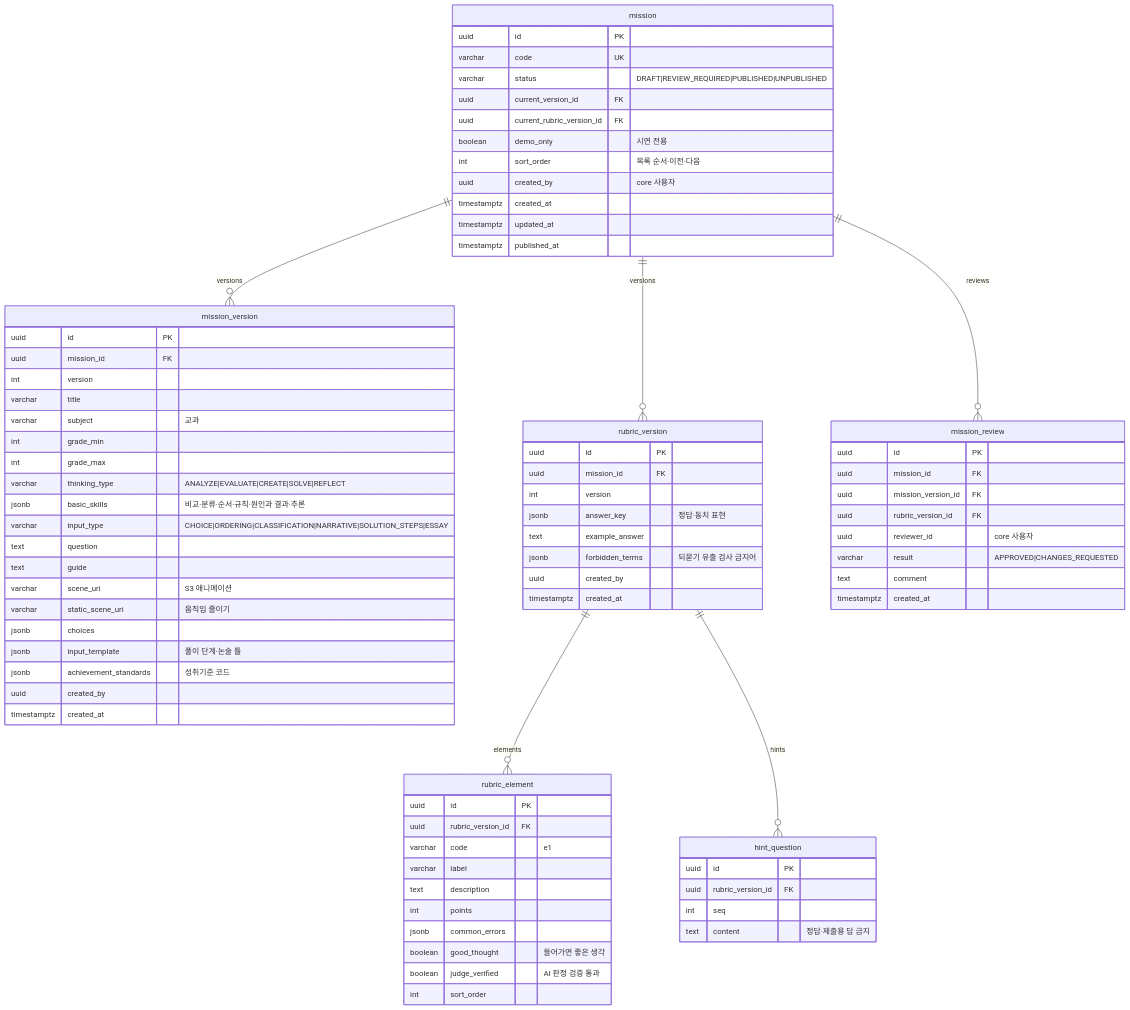
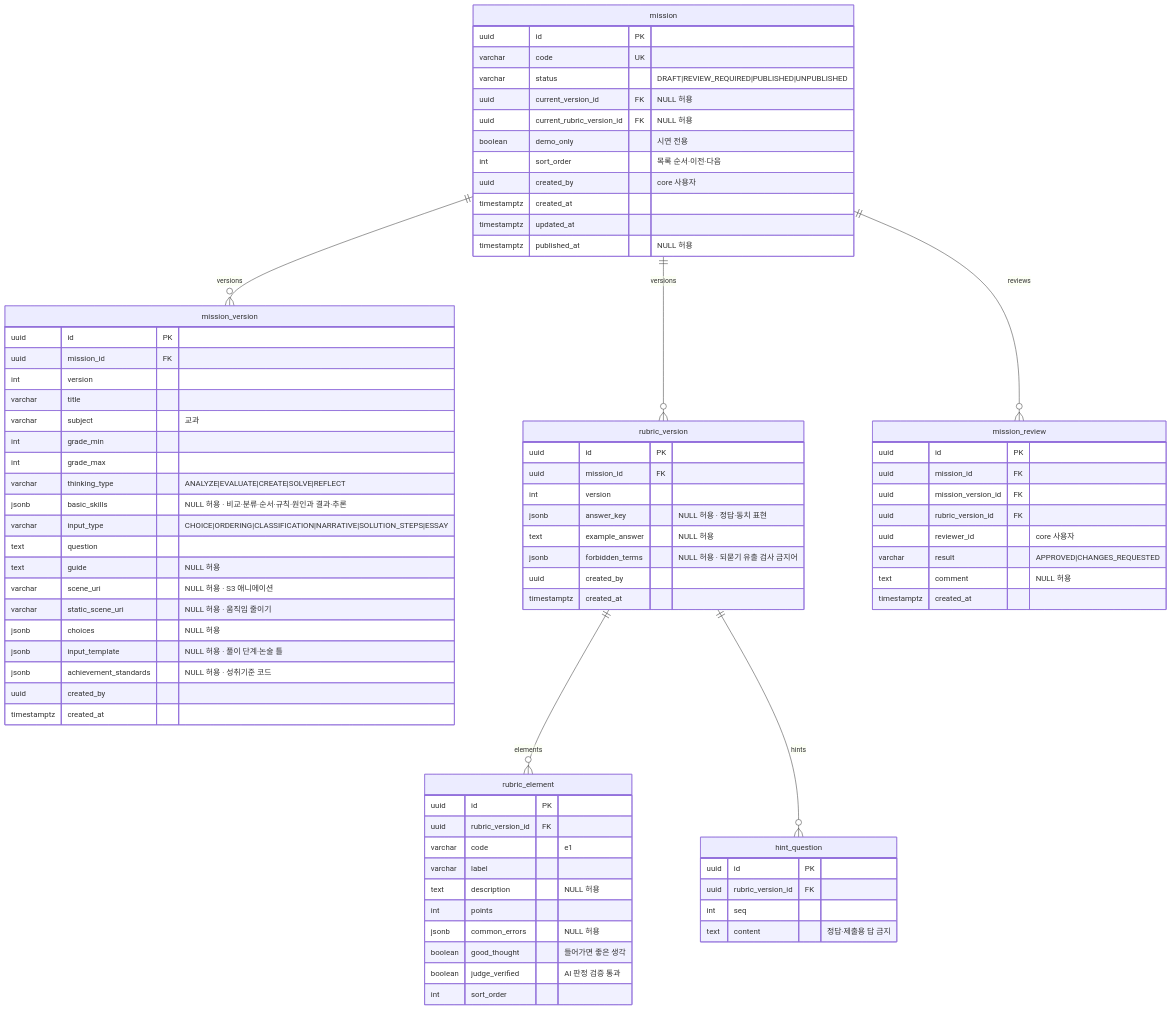
Before and after one commit to SKNETWORKS-FAMILY-AICAMP/SKN34-FINAL-3TEAM: the sixth of 9 diagrams in docs/design/erd.md, drawn with Mermaid. The commit also changed other lines of this file and 2 other files, not shown here.

Commit message:
docs: 이슈 #5 ERD 계약과 후속 검토 범위 정리

````diff
--- a/docs/design/erd.md
+++ b/docs/design/erd.md
@@ -540,81 +545,81 @@
 ```mermaid
 erDiagram
   mission ||--o{ mission_version : versions
   mission ||--o{ rubric_version : versions
   rubric_version ||--o{ rubric_element : elements
   rubric_version ||--o{ hint_question : hints
   mission ||--o{ mission_review : reviews
 
   mission {
     uuid id PK
     varchar code UK
     varchar status "DRAFT|REVIEW_REQUIRED|PUBLISHED|UNPUBLISHED"
-    uuid current_version_id FK
-    uuid current_rubric_version_id FK
+    uuid current_version_id FK "NULL 허용"
+    uuid current_rubric_version_id FK "NULL 허용"
     boolean demo_only "시연 전용"
     int sort_order "목록 순서·이전·다음"
     uuid created_by "core 사용자"
     timestamptz created_at
     timestamptz updated_at
-    timestamptz published_at
+    timestamptz published_at "NULL 허용"
   }
   mission_version {
     uuid id PK
     uuid mission_id FK
     int version
     varchar title
     varchar subject "교과"
     int grade_min
     int grade_max
     varchar thinking_type "ANALYZE|EVALUATE|CREATE|SOLVE|REFLECT"
-    jsonb basic_skills "비교·분류·순서·규칙·원인과 결과·추론"
+    jsonb basic_skills "NULL 허용 · 비교·분류·순서·규칙·원인과 결과·추론"
     varchar input_type "CHOICE|ORDERING|CLASSIFICATION|NARRATIVE|SOLUTION_STEPS|ESSAY"
     text question
-    text guide
-    varchar scene_uri "S3 애니메이션"
-    varchar static_scene_uri "움직임 줄이기"
-    jsonb choices
-    jsonb input_template "풀이 단계·논술 틀"
-    jsonb achievement_standards "성취기준 코드"
+    text guide "NULL 허용"
+    varchar scene_uri "NULL 허용 · S3 애니메이션"
+    varchar static_scene_uri "NULL 허용 · 움직임 줄이기"
+    jsonb choices "NULL 허용"
+    jsonb input_template "NULL 허용 · 풀이 단계·논술 틀"
+    jsonb achievement_standards "NULL 허용 · 성취기준 코드"
     uuid created_by
     timestamptz created_at
   }
   rubric_version {
     uuid id PK
     uuid mission_id FK
     int version
-    jsonb answer_key "정답·동치 표현"
-    text example_answer
-    jsonb forbidden_terms "되묻기 유출 검사 금지어"
+    jsonb answer_key "NULL 허용 · 정답·동치 표현"
+    text example_answer "NULL 허용"
+    jsonb forbidden_terms "NULL 허용 · 되묻기 유출 검사 금지어"
     uuid created_by
     timestamptz created_at
   }
   rubric_element {
     uuid id PK
     uuid rubric_version_id FK
     varchar code "e1"
     varchar label
-    text description
+    text description "NULL 허용"
     int points
-    jsonb common_errors
+    jsonb common_errors "NULL 허용"
     boolean good_thought "들어가면 좋은 생각"
     boolean judge_verified "AI 판정 검증 통과"
     int sort_order
   }
   hint_question {
     uuid id PK
     uuid rubric_version_id FK
     int seq
     text content "정답·제출용 답 금지"
   }
   mission_review {
     uuid id PK
     uuid mission_id FK
     uuid mission_version_id FK
     uuid rubric_version_id FK
     uuid reviewer_id "core 사용자"
     varchar result "APPROVED|CHANGES_REQUESTED"
-    text comment
+    text comment "NULL 허용"
     timestamptz created_at
   }
 ```
````
